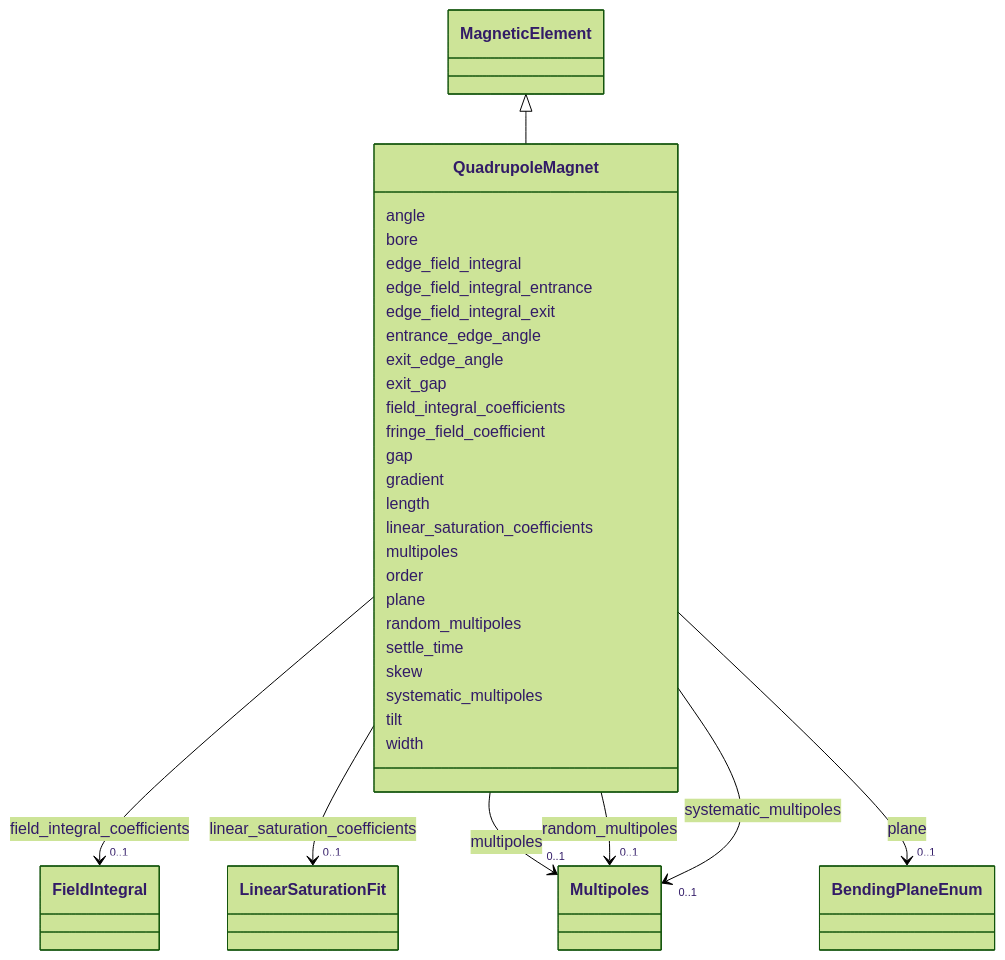
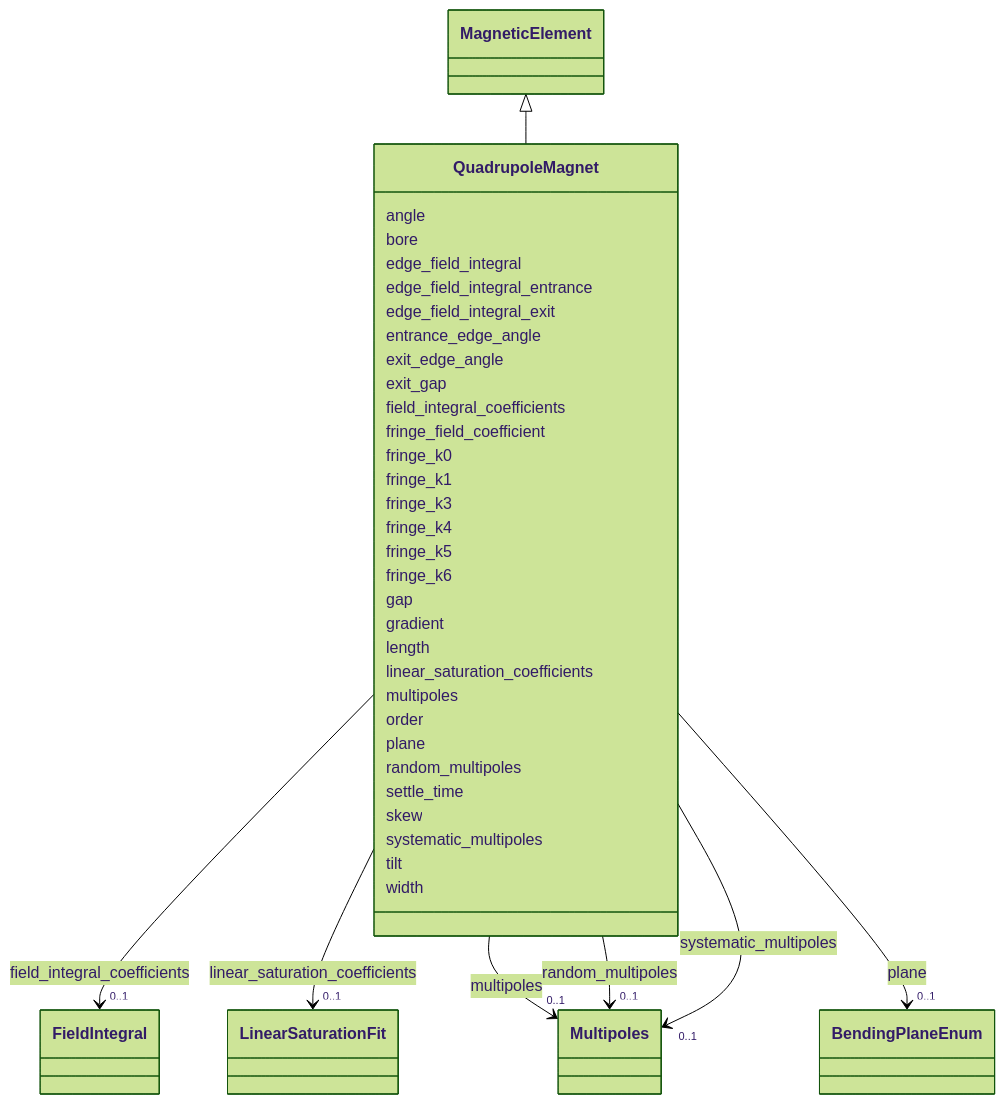
One commit to astec-stfc/laura changed the diagram in docs/source/schema/QuadrupoleMagnet.md. Above: the diagram before and after it, drawn with Mermaid (forest theme). The commit also changed other lines of this file and 42 other files, not shown here.

```diff
--- a/docs/source/schema/QuadrupoleMagnet.md
+++ b/docs/source/schema/QuadrupoleMagnet.md
@@ -45,6 +45,18 @@
 
         
       QuadrupoleMagnet : fringe_field_coefficient
+        
+      QuadrupoleMagnet : fringe_k0
+        
+      QuadrupoleMagnet : fringe_k1
+        
+      QuadrupoleMagnet : fringe_k3
+        
+      QuadrupoleMagnet : fringe_k4
+        
+      QuadrupoleMagnet : fringe_k5
+        
+      QuadrupoleMagnet : fringe_k6
         
       QuadrupoleMagnet : gap
         
```
